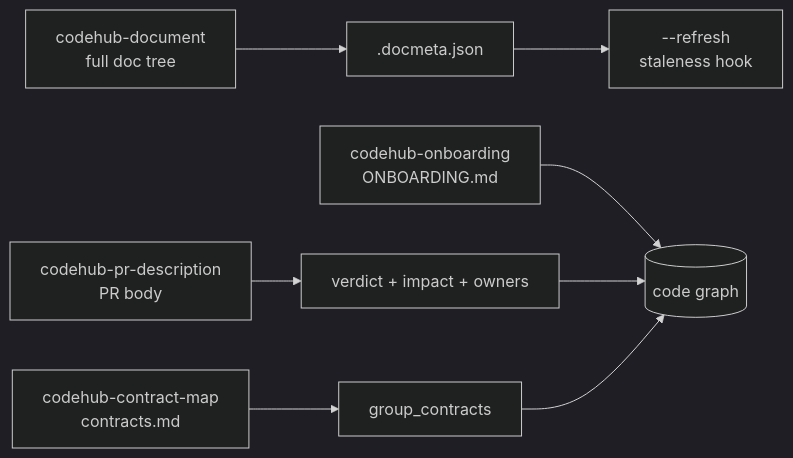
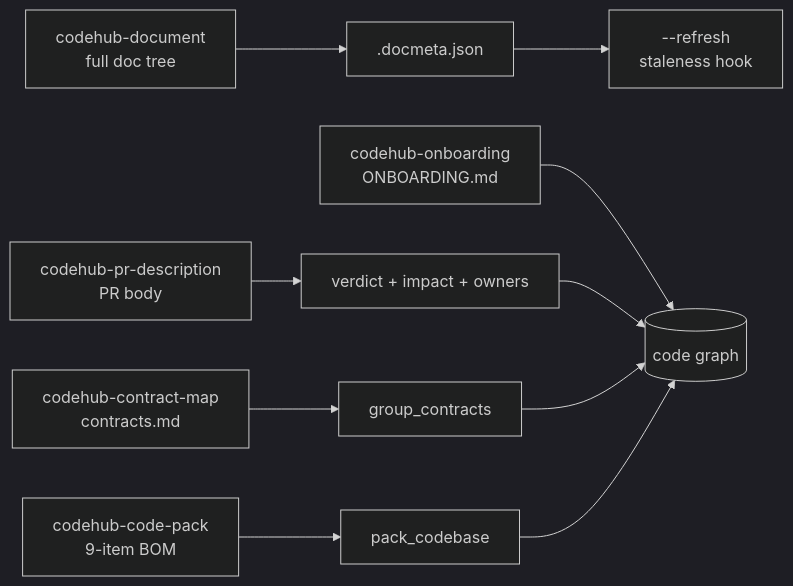
The diagram in packages/docs/src/content/docs/skills/index.mdx (theagenticguy/opencodehub), drawn with Mermaid (dark theme) before and after one commit. The commit also changed other lines of this file and 203 other files, not shown here.

First line of the commit message:
feat(sweep)!: remediate 44 findings, rip stack-graphs + source-mutating MCP tools (#175)

````diff
--- a/packages/docs/src/content/docs/skills/index.mdx
+++ b/packages/docs/src/content/docs/skills/index.mdx
@@ -43,10 +48,12 @@
 ```mermaid
 flowchart LR
   doc[codehub-document<br/>full doc tree] --> docmeta[.docmeta.json]
   pr[codehub-pr-description<br/>PR body] --> verdict
   onb[codehub-onboarding<br/>ONBOARDING.md] --> codegraph
   map[codehub-contract-map<br/>contracts.md] --> groupcontracts[group_contracts]
+  pack[codehub-code-pack<br/>9-item BOM] --> packtool[pack_codebase]
   verdict[verdict + impact + owners] --> codegraph[(code graph)]
   groupcontracts --> codegraph
+  packtool --> codegraph
   docmeta --> refresh[--refresh<br/>staleness hook]
 ```
````
